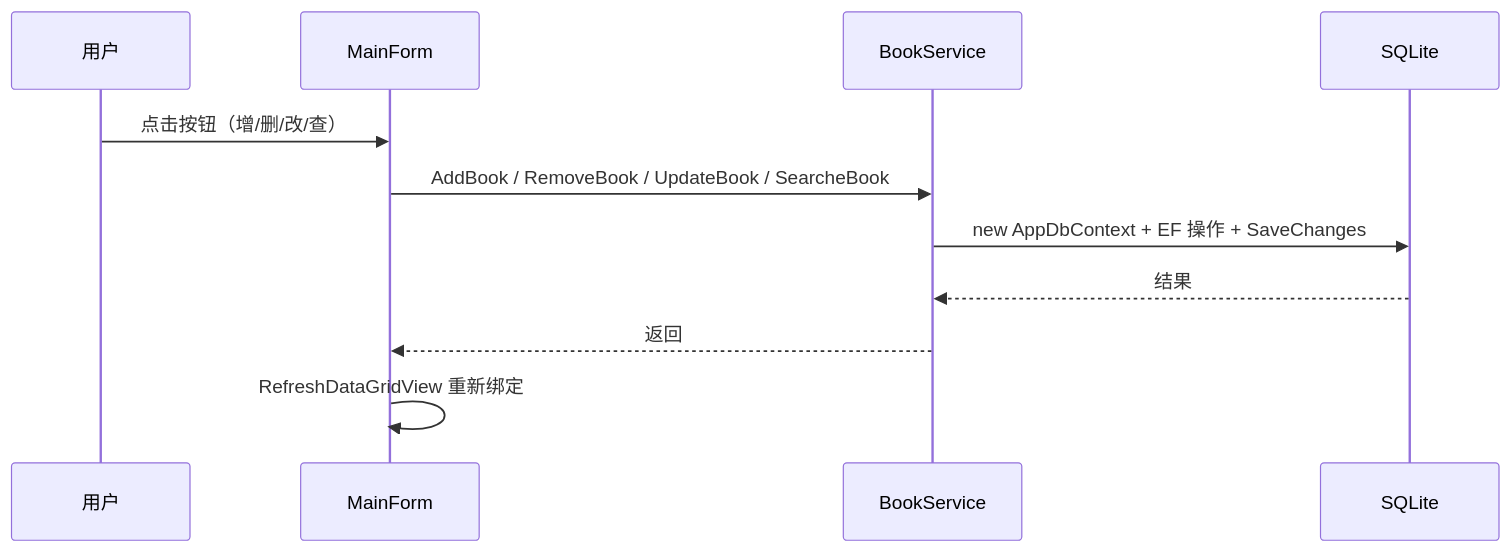
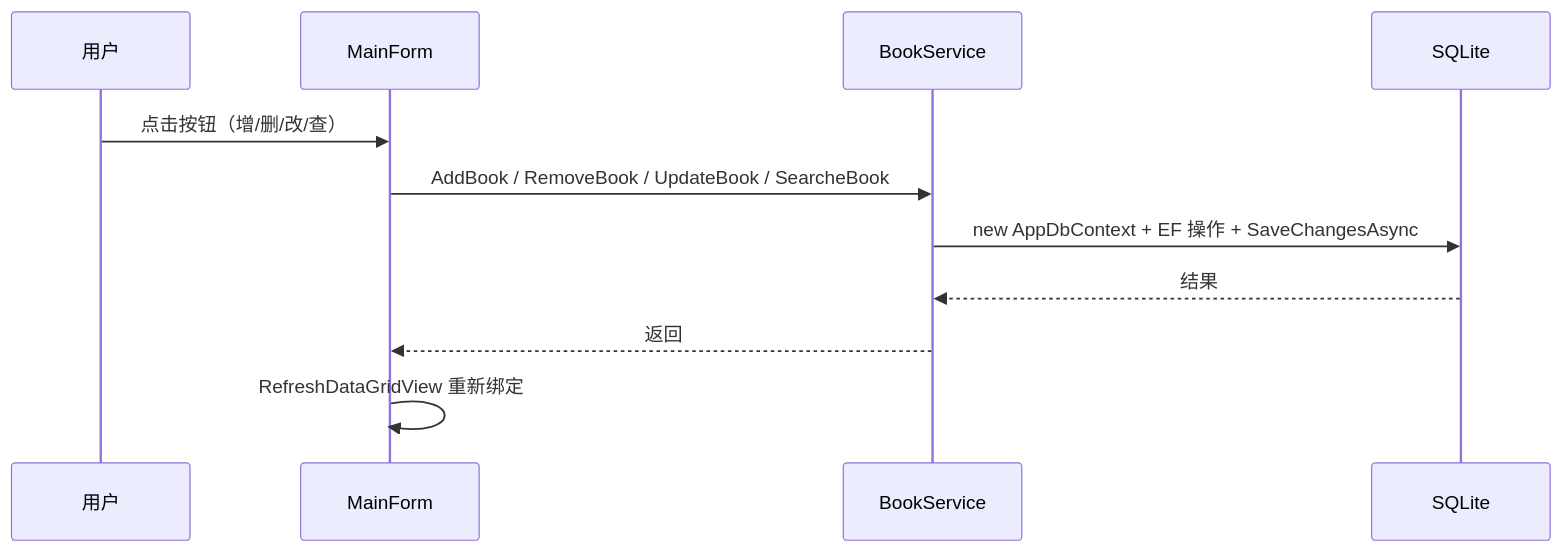
One commit to sufardive/Bookl_Manager_System changed the third of 6 diagrams in docs/项目架构说明.md. Above: the diagram before and after it, drawn with Mermaid. The commit also changed other lines of this file and 2 other files, not shown here.

````diff
--- a/docs/项目架构说明.md
+++ b/docs/项目架构说明.md
@@ -136,14 +146,14 @@
 ```mermaid
 sequenceDiagram
     participant U as 用户
     participant MF as MainForm
     participant BS as BookService
     participant DB as SQLite
 
     U->>MF: 点击按钮（增/删/改/查）
     MF->>BS: AddBook / RemoveBook / UpdateBook / SearcheBook
-    BS->>DB: new AppDbContext + EF 操作 + SaveChanges
+    BS->>DB: new AppDbContext + EF 操作 + SaveChangesAsync
     DB-->>BS: 结果
     BS-->>MF: 返回
     MF->>MF: RefreshDataGridView 重新绑定
 ```
````
